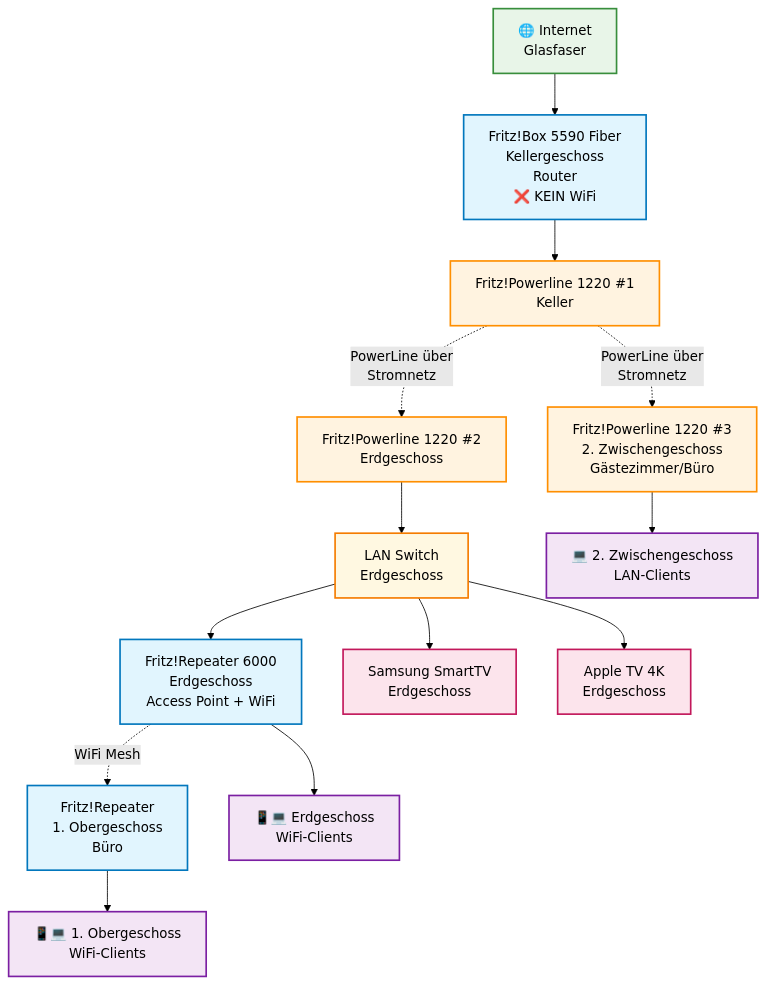
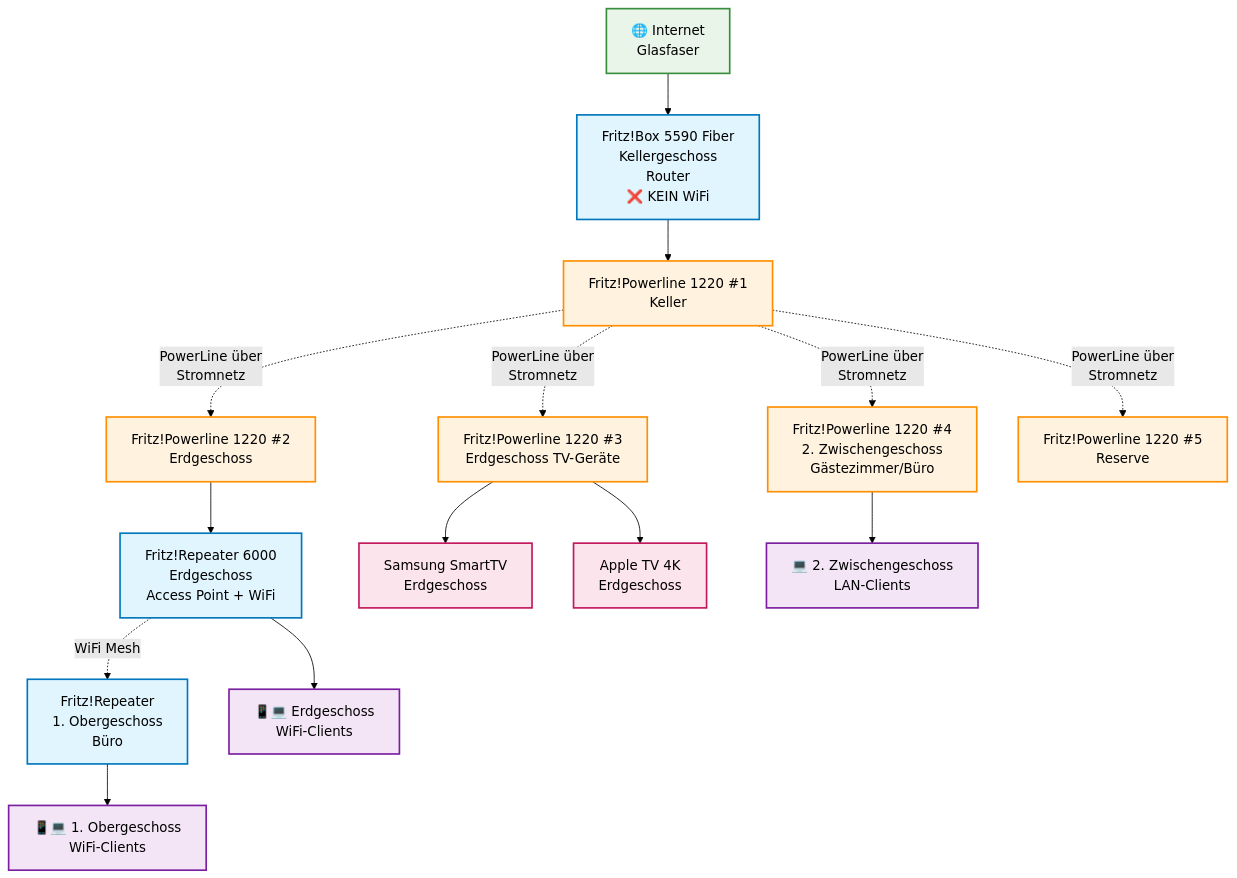
The diagram in docs/spec.md (sebastianbachmann/home-network), drawn with Mermaid (forest theme) before and after one commit. The commit also changed other lines of this file and 2 other files, not shown here.

````diff
--- a/docs/spec.md
+++ b/docs/spec.md
@@ -22,33 +22,33 @@
 ```mermaid
 graph TB
     Internet[🌐 Internet<br/>Glasfaser] --> FB[Fritz!Box 5590 Fiber<br/>Kellergeschoss<br/>Router<br/>❌ KEIN WiFi]
-
+    
     FB --> PL1[Fritz!Powerline 1220 #1<br/>Keller]
     PL1 -.->|PowerLine über<br/>Stromnetz| PL2[Fritz!Powerline 1220 #2<br/>Erdgeschoss]
-    PL2 --> Switch1[LAN Switch<br/>Erdgeschoss]
-    Switch1 --> REP[Fritz!Repeater 6000<br/>Erdgeschoss<br/>Access Point + WiFi]
-    Switch1 --> SmartTV[Samsung SmartTV<br/>Erdgeschoss]
-    Switch1 --> AppleTV[Apple TV 4K<br/>Erdgeschoss]
-
-    PL1 -.->|PowerLine über<br/>Stromnetz| PL3[Fritz!Powerline 1220 #3<br/>2. Zwischengeschoss<br/>Gästezimmer/Büro]
-
+    PL2 --> REP[Fritz!Repeater 6000<br/>Erdgeschoss<br/>Access Point + WiFi]
+    
+    PL1 -.->|PowerLine über<br/>Stromnetz| PL3[Fritz!Powerline 1220 #3<br/>Erdgeschoss TV-Geräte]
+    PL3 --> SmartTV[Samsung SmartTV<br/>Erdgeschoss]
+    PL3 --> AppleTV[Apple TV 4K<br/>Erdgeschoss]
+    
+    PL1 -.->|PowerLine über<br/>Stromnetz| PL4[Fritz!Powerline 1220 #4<br/>2. Zwischengeschoss<br/>Gästezimmer/Büro]
+    PL1 -.->|PowerLine über<br/>Stromnetz| PL5[Fritz!Powerline 1220 #5<br/>Reserve]
+    
     REP -.->|WiFi Mesh| MeshRep[Fritz!Repeater<br/>1. Obergeschoss<br/>Büro]
-
+    
     REP --> ErdgeschossWiFi[📱💻 Erdgeschoss<br/>WiFi-Clients]
     MeshRep --> ObergeschossWiFi[📱💻 1. Obergeschoss<br/>WiFi-Clients]
-    PL3 --> ZwischengeschossLAN[💻 2. Zwischengeschoss<br/>LAN-Clients]
-
+    PL4 --> ZwischengeschossLAN[💻 2. Zwischengeschoss<br/>LAN-Clients]
+    
     classDef router fill:#e1f5fe,stroke:#0277bd,stroke-width:2px
     classDef powerline fill:#fff3e0,stroke:#ff8f00,stroke-width:2px
     classDef devices fill:#f3e5f5,stroke:#7b1fa2,stroke-width:2px
     classDef internet fill:#e8f5e8,stroke:#388e3c,stroke-width:2px
-    classDef switch fill:#fff8e1,stroke:#f57c00,stroke-width:2px
     classDef entertainment fill:#fce4ec,stroke:#c2185b,stroke-width:2px
-
+    
     class FB,REP,MeshRep router
-    class PL1,PL2,PL3 powerline
+    class PL1,PL2,PL3,PL4,PL5 powerline
     class ErdgeschossWiFi,ObergeschossWiFi,ZwischengeschossLAN devices
     class Internet internet
-    class Switch1 switch
     class SmartTV,AppleTV entertainment
 ```
````
